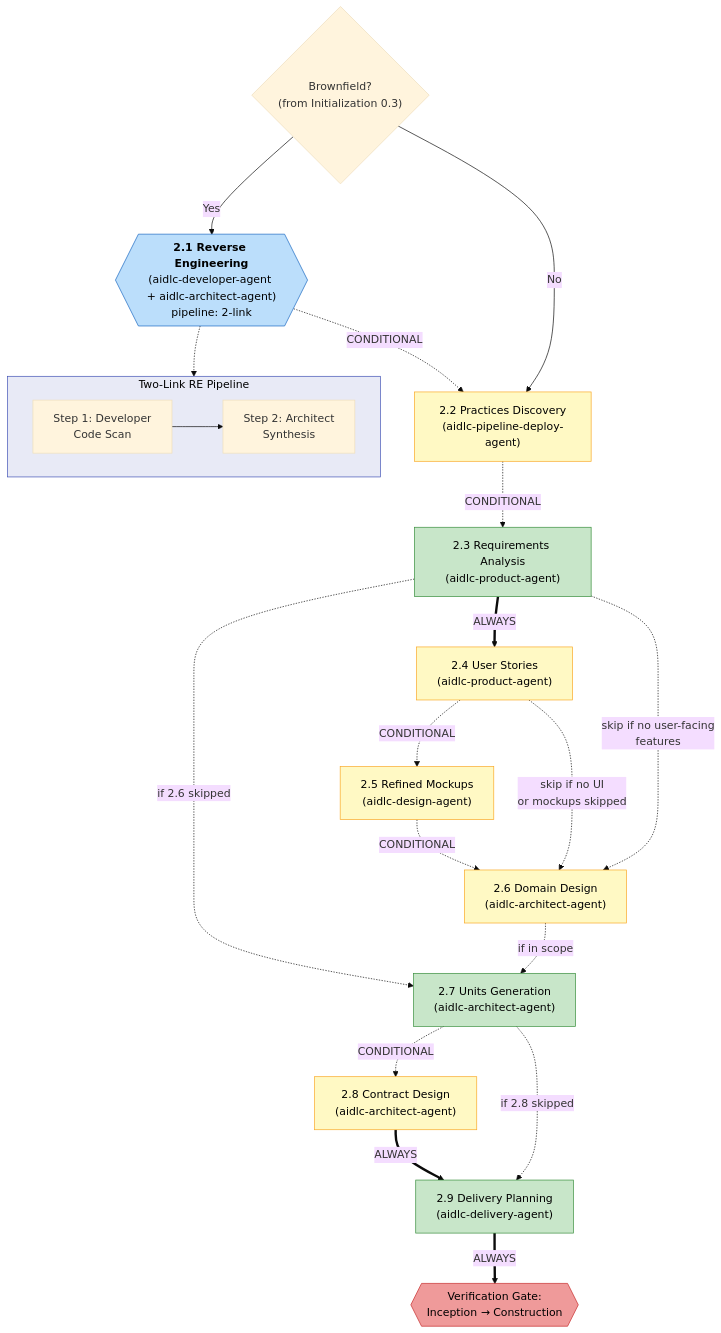
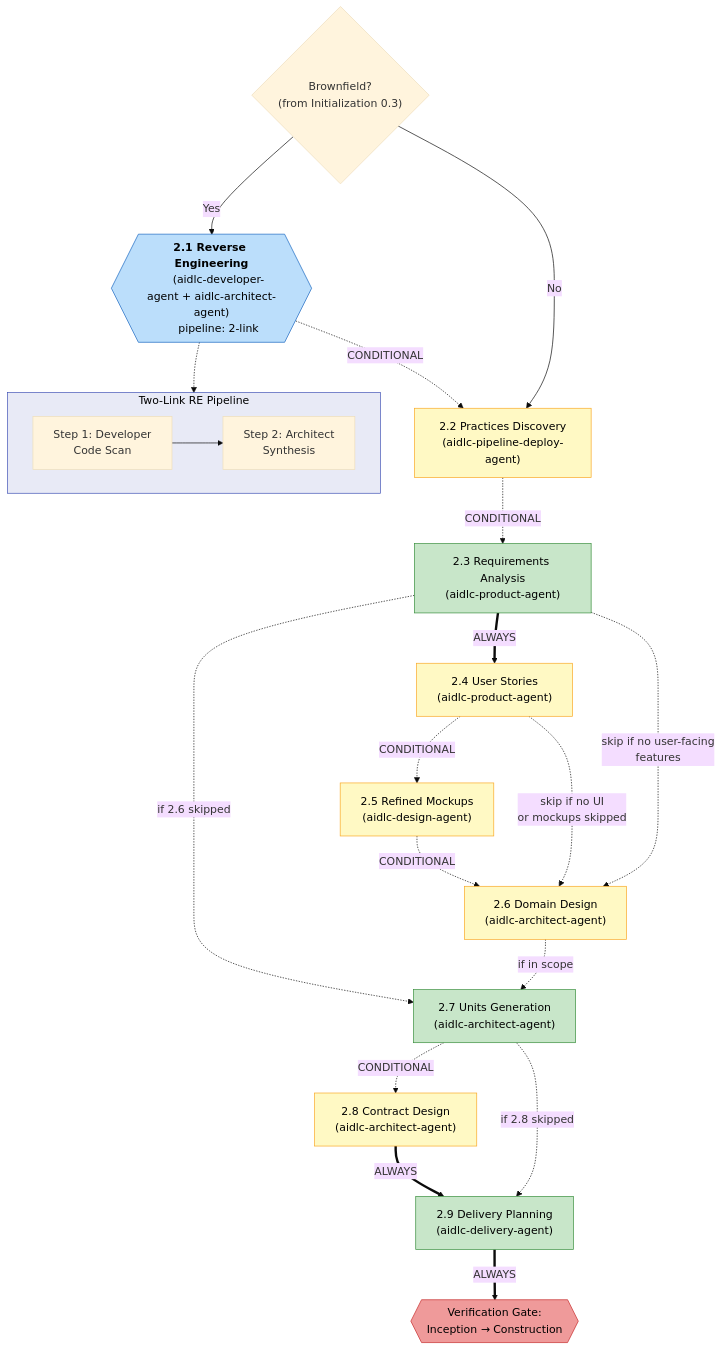
The third of 6 diagrams in docs/guide/en/04-phases-and-stages.md (otomatty/aidlc-guide), drawn with Mermaid (base theme) before and after one commit. The commit also changed other lines of this file and 433 other files, not shown here.

````diff
--- a/docs/guide/en/04-phases-and-stages.md
+++ b/docs/guide/en/04-phases-and-stages.md
@@ -149,54 +149,52 @@
 ```mermaid
 flowchart TD
-    S21{{"`**2.1 Reverse Engineering**
-    (aidlc-developer-agent + aidlc-architect-agent)
-    pipeline: 2-link`"}}
+    S21{{"`**2.1 Reverse Engineering**<br/>    (aidlc-developer-agent + aidlc-architect-agent)<br/>    pipeline: 2-link`"}}
     S2P["2.2 Practices Discovery\n(aidlc-pipeline-deploy-agent)"]
     S22["2.3 Requirements Analysis\n(aidlc-product-agent)"]
     S23["2.4 User Stories\n(aidlc-product-agent)"]
     S24["2.5 Refined Mockups\n(aidlc-design-agent)"]
     S25["2.6 Domain Design\n(aidlc-architect-agent)"]
     S26["2.7 Units Generation\n(aidlc-architect-agent)"]
     S2C["2.8 Contract Design\n(aidlc-architect-agent)"]
     S27["2.9 Delivery Planning\n(aidlc-delivery-agent)"]
     VG2{{"Verification Gate:\nInception → Construction"}}
 
     BF_CHECK{"Brownfield?\n(from Initialization 0.3)"}
     BF_CHECK -->|Yes| S21
     BF_CHECK -->|No| S2P
     S21 -.->|CONDITIONAL| S2P
     S2P -.->|CONDITIONAL| S22
 
     subgraph RE_DETAIL["Two-Link RE Pipeline"]
         direction LR
         DEV_SCAN["Step 1: Developer\nCode Scan"]
         ARCH_SYNTH["Step 2: Architect\nSynthesis"]
         DEV_SCAN --> ARCH_SYNTH
     end
 
     S21 -.-> RE_DETAIL
 
     S22 ==>|ALWAYS| S23
     S22 -.->|"skip if no user-facing\nfeatures"| S25
     S23 -.->|CONDITIONAL| S24
     S23 -.->|"skip if no UI\nor mockups skipped"| S25
     S24 -.->|CONDITIONAL| S25
     S25 -.->|"if in scope"| S26
     S22 -.->|"if 2.6 skipped"| S26
     S26 -.->|CONDITIONAL| S2C
     S26 -.->|"if 2.8 skipped"| S27
     S2C ==>|ALWAYS| S27
     S27 ==>|ALWAYS| VG2
 
     style S21 fill:#bbdefb,stroke:#1565c0,color:#000
     style S2P fill:#fff9c4,stroke:#f9a825,color:#000
     style S22 fill:#c8e6c9,stroke:#388e3c,color:#000
     style S26 fill:#c8e6c9,stroke:#388e3c,color:#000
     style S27 fill:#c8e6c9,stroke:#388e3c,color:#000
     style S23 fill:#fff9c4,stroke:#f9a825,color:#000
     style S24 fill:#fff9c4,stroke:#f9a825,color:#000
     style S25 fill:#fff9c4,stroke:#f9a825,color:#000
     style S2C fill:#fff9c4,stroke:#f9a825,color:#000
     style VG2 fill:#ef9a9a,stroke:#c62828,color:#000
     style RE_DETAIL fill:#e8eaf6,stroke:#3f51b5,color:#000
 ```
````
